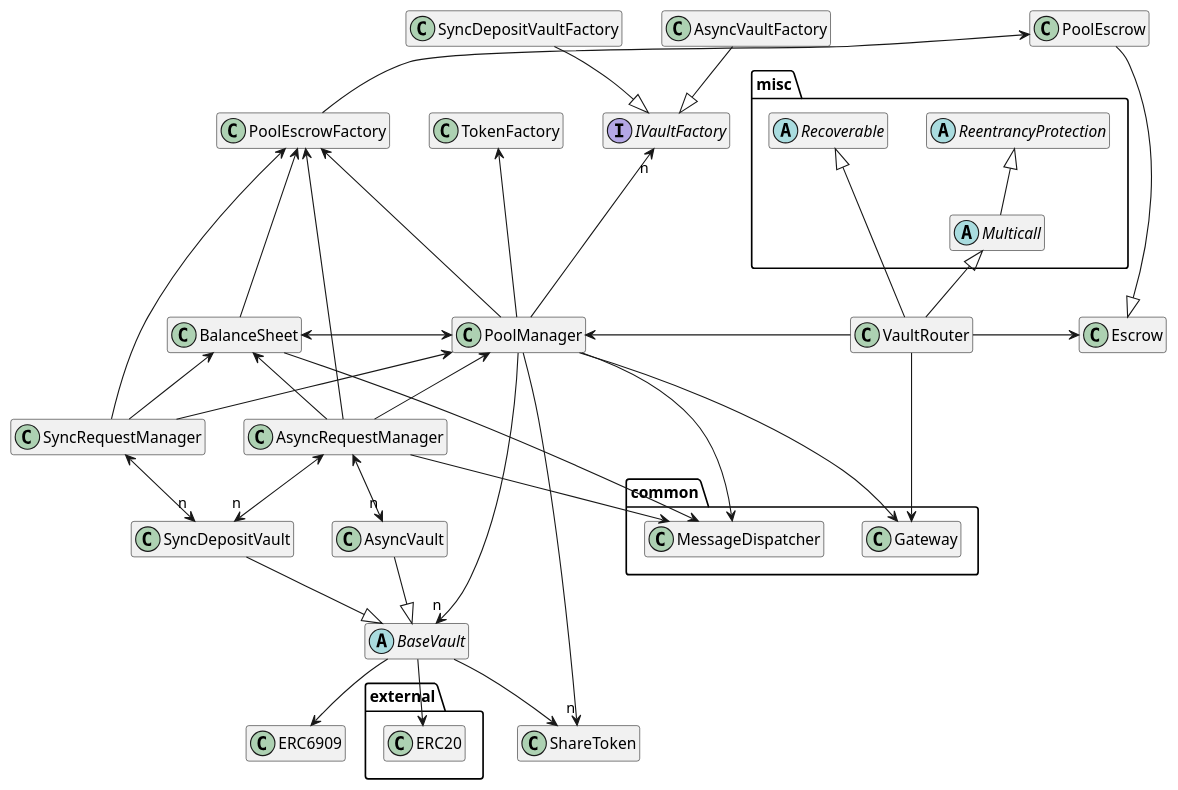
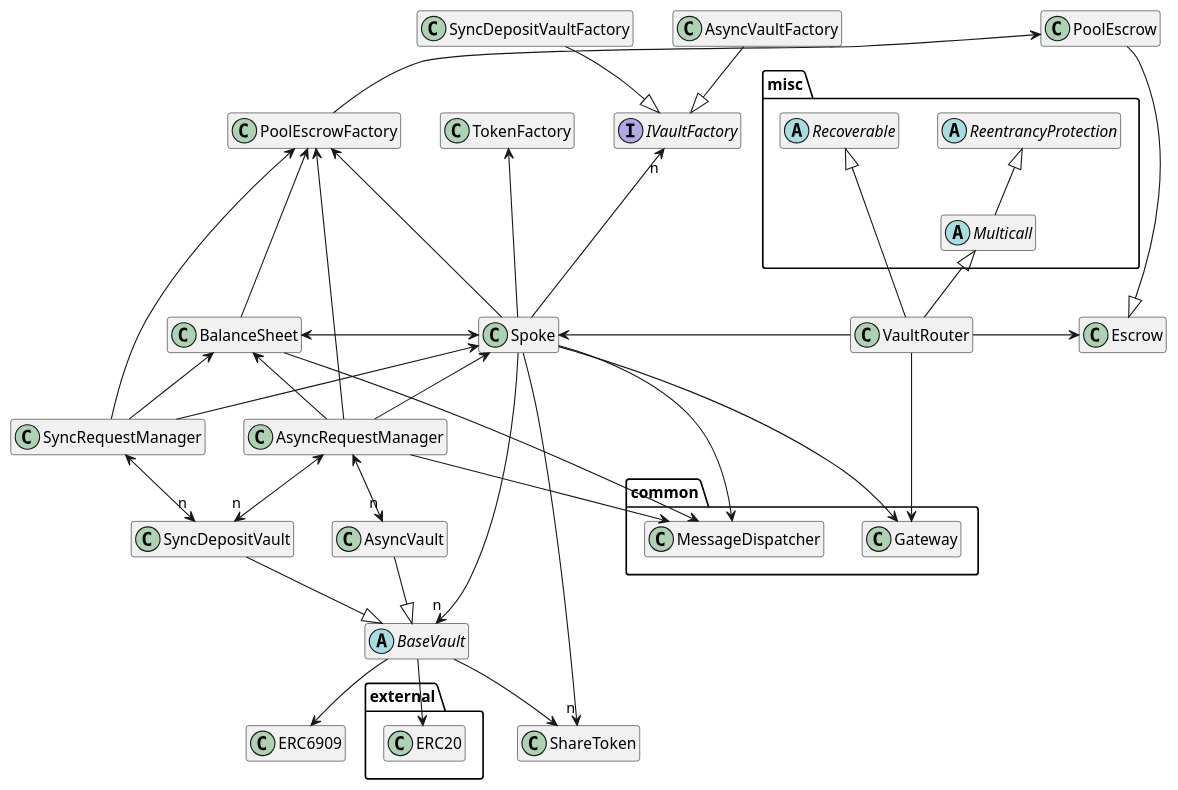
The diagram in docs/architecture/vaults/overview.puml (centrifuge/protocol), drawn with PlantUML before and after one commit. The commit also changed 40 other files, not shown here.

Commit message:
Rename `PoolManager` to `Spoke`

```diff
--- a/docs/architecture/vaults/overview.puml
+++ b/docs/architecture/vaults/overview.puml
@@ -1,87 +1,87 @@
 @startuml
 hide empty members
 
 package misc {
     abstract Multicall
     abstract ReentrancyProtection
     abstract Recoverable
 }
 
 package common {
     class Gateway
     class MessageDispatcher
 }
 
 package external {
     class ERC20
 }
 
-class PoolManager
+class Spoke
 
 class AsyncRequestManager
 class SyncRequestManager
 
 class AsyncVault
 class SyncDepositVault
 
 class Escrow
 class PoolEscrow
 
 class ShareToken
 
 class BalanceSheet
 class VaultRouter
 
 interface IVaultFactory
 abstract BaseVault
 
 class AsyncVaultFactory
 class PoolEscrowFactory
 class SyncDepositVaultFactory
 class TokenFactory
 
 AsyncVaultFactory --|> IVaultFactory
 SyncDepositVaultFactory --|> IVaultFactory
 
-PoolManager --up-> TokenFactory
-PoolManager --up-> PoolEscrowFactory
-PoolManager --up->"n" IVaultFactory
-PoolManager <-left-> BalanceSheet
-PoolManager --down->"n" ShareToken
-PoolManager ---down->"n" BaseVault
-PoolManager --> Gateway
-PoolManager --> MessageDispatcher
+Spoke --up-> TokenFactory
+Spoke --up-> PoolEscrowFactory
+Spoke --up->"n" IVaultFactory
+Spoke <-left-> BalanceSheet
+Spoke --down->"n" ShareToken
+Spoke ---down->"n" BaseVault
+Spoke --> Gateway
+Spoke --> MessageDispatcher
 
 BalanceSheet -up--> PoolEscrowFactory
 BalanceSheet --> MessageDispatcher
 
 SyncRequestManager <-down->"n" SyncDepositVault
-SyncRequestManager -up-> PoolManager
+SyncRequestManager -up-> Spoke
 SyncRequestManager -up-> PoolEscrowFactory
 SyncRequestManager -up-> BalanceSheet
 SyncDepositVault --|> BaseVault
 
 AsyncRequestManager <-down->"n" AsyncVault
 AsyncRequestManager <-down->"n" SyncDepositVault
-AsyncRequestManager -up-> PoolManager
+AsyncRequestManager -up-> Spoke
 AsyncRequestManager -up-> BalanceSheet
 AsyncRequestManager -up-> PoolEscrowFactory
 AsyncRequestManager --> MessageDispatcher
 
-VaultRouter -left-> PoolManager
+VaultRouter -left-> Spoke
 VaultRouter -right-> Escrow
 
 PoolEscrowFactory -up-> PoolEscrow
 PoolEscrow --|> Escrow
 
 BaseVault --> ShareToken
 BaseVault --> ERC20
 BaseVault --> ERC6909
 AsyncVault --|> BaseVault
 
 VaultRouter --> Gateway
 VaultRouter -up-|> Multicall
 VaultRouter -up-|> Recoverable
 Multicall -up-|> ReentrancyProtection
 
 @enduml
```
